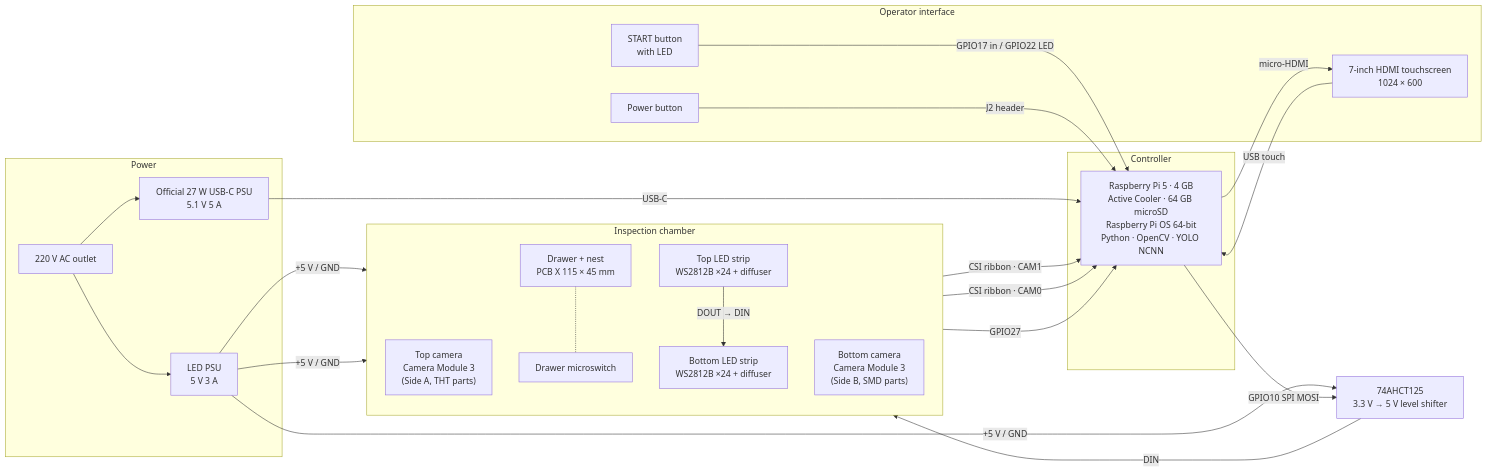
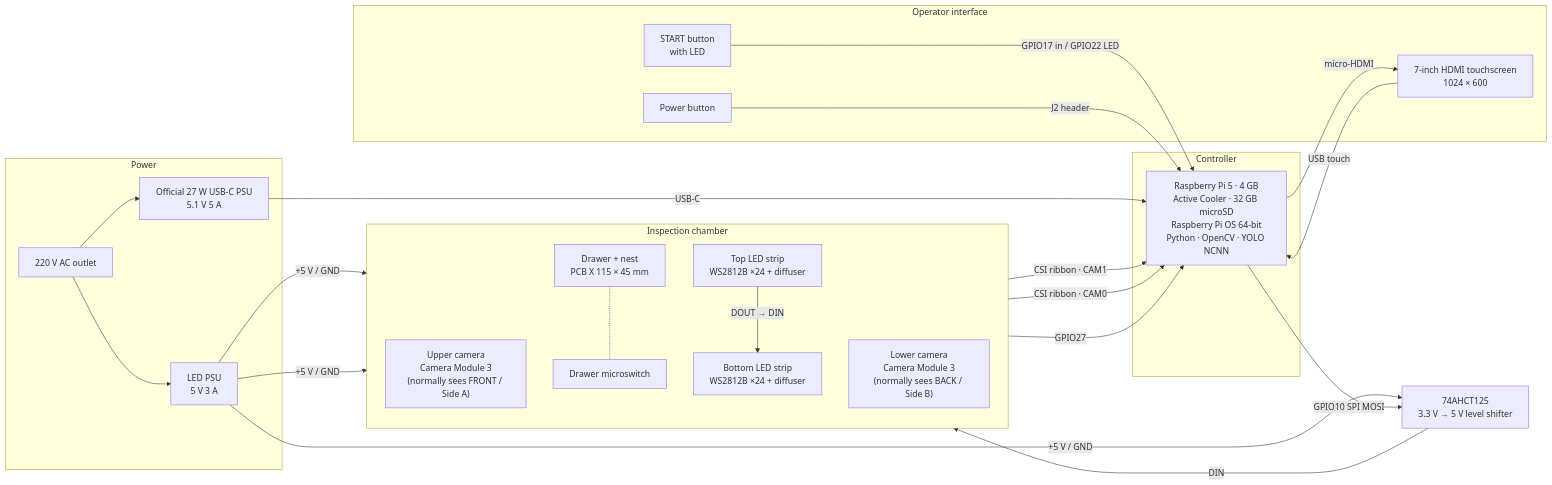
One commit to guiller727/Capstone-PORTABLE-EDGE-AI-INSPECTION-CHAMBER changed the second of 2 diagrams in README.md. Above: the diagram before and after it, drawn with Mermaid. The commit also changed other lines of this file and 89 other files, not shown here.

````diff
--- a/README.md
+++ b/README.md
@@ -17,48 +62,48 @@
 ```mermaid
 flowchart LR
   subgraph PWR["Power"]
     AC["220 V AC outlet"]
     PSU27["Official 27 W USB-C PSU<br/>5.1 V 5 A"]
     PSU5["LED PSU<br/>5 V 3 A"]
     AC --> PSU27
     AC --> PSU5
   end
 
   subgraph CTRL["Controller"]
-    PI["Raspberry Pi 5 · 4 GB<br/>Active Cooler · 64 GB microSD<br/>Raspberry Pi OS 64-bit<br/>Python · OpenCV · YOLO NCNN"]
+    PI["Raspberry Pi 5 · 4 GB<br/>Active Cooler · 32 GB microSD<br/>Raspberry Pi OS 64-bit<br/>Python · OpenCV · YOLO NCNN"]
   end
 
   subgraph CHAMBER["Inspection chamber"]
     direction TB
-    CAMT["Top camera<br/>Camera Module 3<br/>(Side A, THT parts)"]
+    CAMT["Upper camera<br/>Camera Module 3<br/>(normally sees FRONT / Side A)"]
     LEDT["Top LED strip<br/>WS2812B ×24 + diffuser"]
     TRAY["Drawer + nest<br/>PCB X 115 × 45 mm"]
     LEDB["Bottom LED strip<br/>WS2812B ×24 + diffuser"]
-    CAMB["Bottom camera<br/>Camera Module 3<br/>(Side B, SMD parts)"]
+    CAMB["Lower camera<br/>Camera Module 3<br/>(normally sees BACK / Side B)"]
     SW["Drawer microswitch"]
     TRAY -.- SW
   end
 
   subgraph UI["Operator interface"]
     LCD["7-inch HDMI touchscreen<br/>1024 × 600"]
     BTN["START button<br/>with LED"]
     PBTN["Power button"]
   end
 
   SHIFT["74AHCT125<br/>3.3 V → 5 V level shifter"]
 
   PSU27 -- "USB-C" --> PI
   PSU5 -- "+5 V / GND" --> LEDT
   PSU5 -- "+5 V / GND" --> LEDB
   PSU5 -- "+5 V / GND" --> SHIFT
   CAMT -- "CSI ribbon · CAM1" --> PI
   CAMB -- "CSI ribbon · CAM0" --> PI
   PI -- "GPIO10 SPI MOSI" --> SHIFT
   SHIFT -- "DIN" --> LEDT
   LEDT -- "DOUT → DIN" --> LEDB
   SW -- "GPIO27" --> PI
   BTN -- "GPIO17 in / GPIO22 LED" --> PI
   PBTN -- "J2 header" --> PI
   PI -- "micro-HDMI" --> LCD
   LCD -- "USB touch" --> PI
 ```
````
